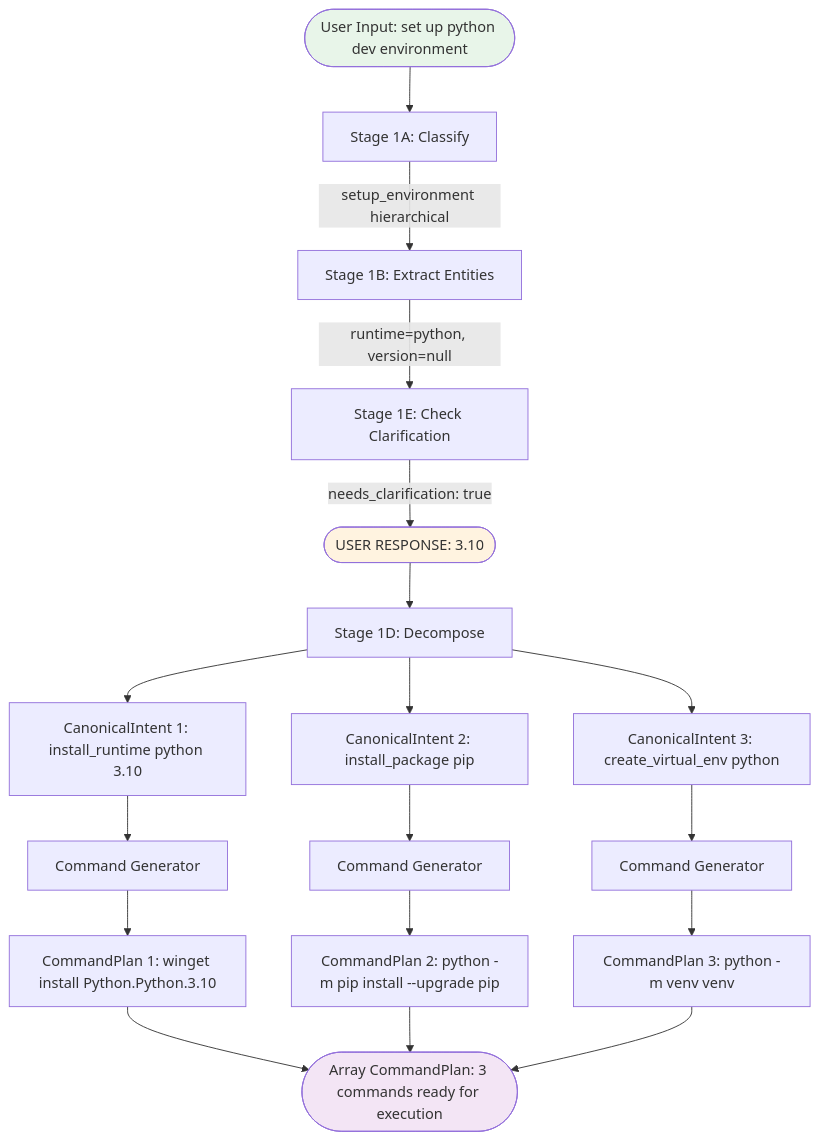
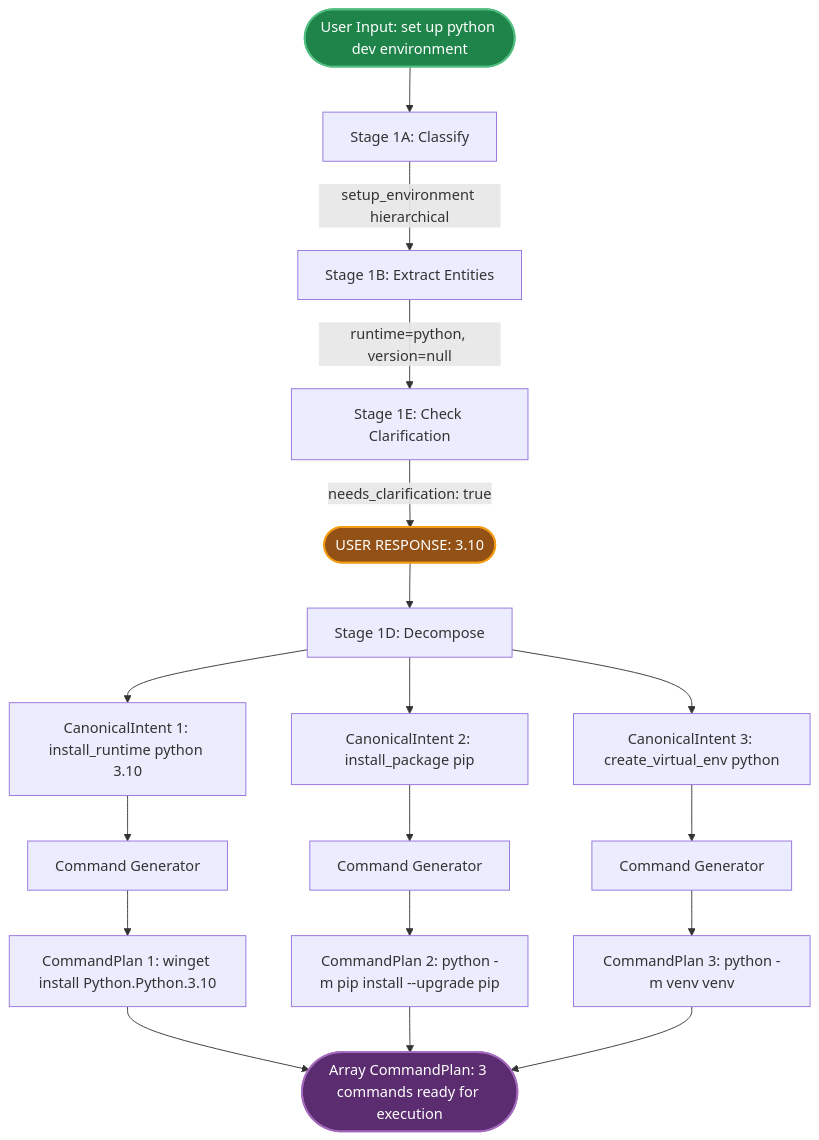
One commit to sumit-s-nair/contAIner changed the fourth of 7 diagrams in docs/ARCHITECTURE_DIAGRAM.md. Above: the diagram before and after it, drawn with Mermaid. The commit also changed other lines of this file and 2 other files, not shown here.

Commit message:
docs: update architecture diagrams with new color scheme

````diff
--- a/docs/ARCHITECTURE_DIAGRAM.md
+++ b/docs/ARCHITECTURE_DIAGRAM.md
@@ -131,34 +131,34 @@
 ```mermaid
 flowchart TD
     Input(["User Input: set up python dev environment"]) --> Stage1A
     
     Stage1A["Stage 1A: Classify"] -->|"setup_environment hierarchical"| Stage1B
     
     Stage1B["Stage 1B: Extract Entities"] -->|"runtime=python, version=null"| Stage1E
     
     Stage1E["Stage 1E: Check Clarification"] -->|"needs_clarification: true"| UserResponse
     
     UserResponse(["USER RESPONSE: 3.10"]) --> Stage1D
     
     Stage1D["Stage 1D: Decompose"] --> Intent1
     Stage1D --> Intent2
     Stage1D --> Intent3
     
     Intent1["CanonicalIntent 1: install_runtime python 3.10"] --> Gen1["Command Generator"]
     Intent2["CanonicalIntent 2: install_package pip"] --> Gen2["Command Generator"]
     Intent3["CanonicalIntent 3: create_virtual_env python"] --> Gen3["Command Generator"]
     
     Gen1 --> Cmd1["CommandPlan 1: winget install Python.Python.3.10"]
     Gen2 --> Cmd2["CommandPlan 2: python -m pip install --upgrade pip"]
     Gen3 --> Cmd3["CommandPlan 3: python -m venv venv"]
     
     Cmd1 --> Final
     Cmd2 --> Final
     Cmd3 --> Final
     
     Final(["Array CommandPlan: 3 commands ready for execution"])
     
-    style Input fill:#e8f5e9
-    style UserResponse fill:#fff3e0
-    style Final fill:#f3e5f5
+    style Input fill:#1e8449,stroke:#52be80,stroke-width:2px,color:#fff
+    style UserResponse fill:#935116,stroke:#f39c12,stroke-width:2px,color:#fff
+    style Final fill:#5b2c6f,stroke:#a569bd,stroke-width:2px,color:#fff
 ```
````
